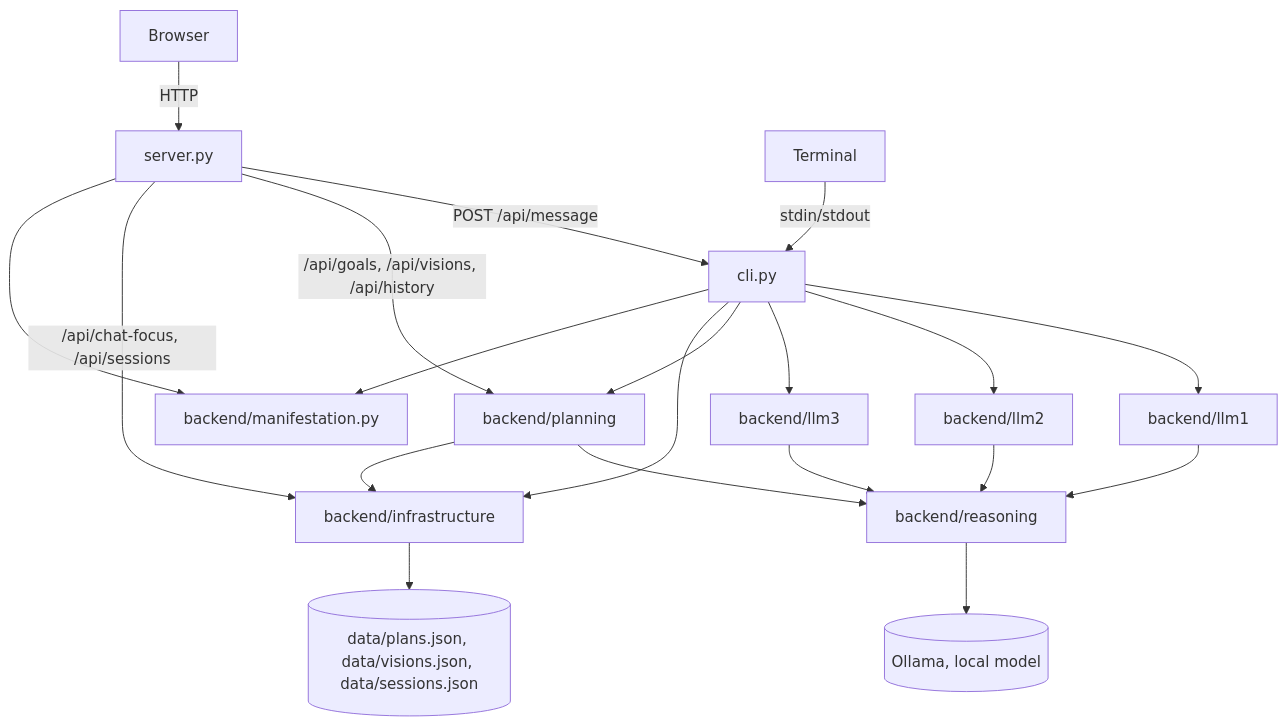
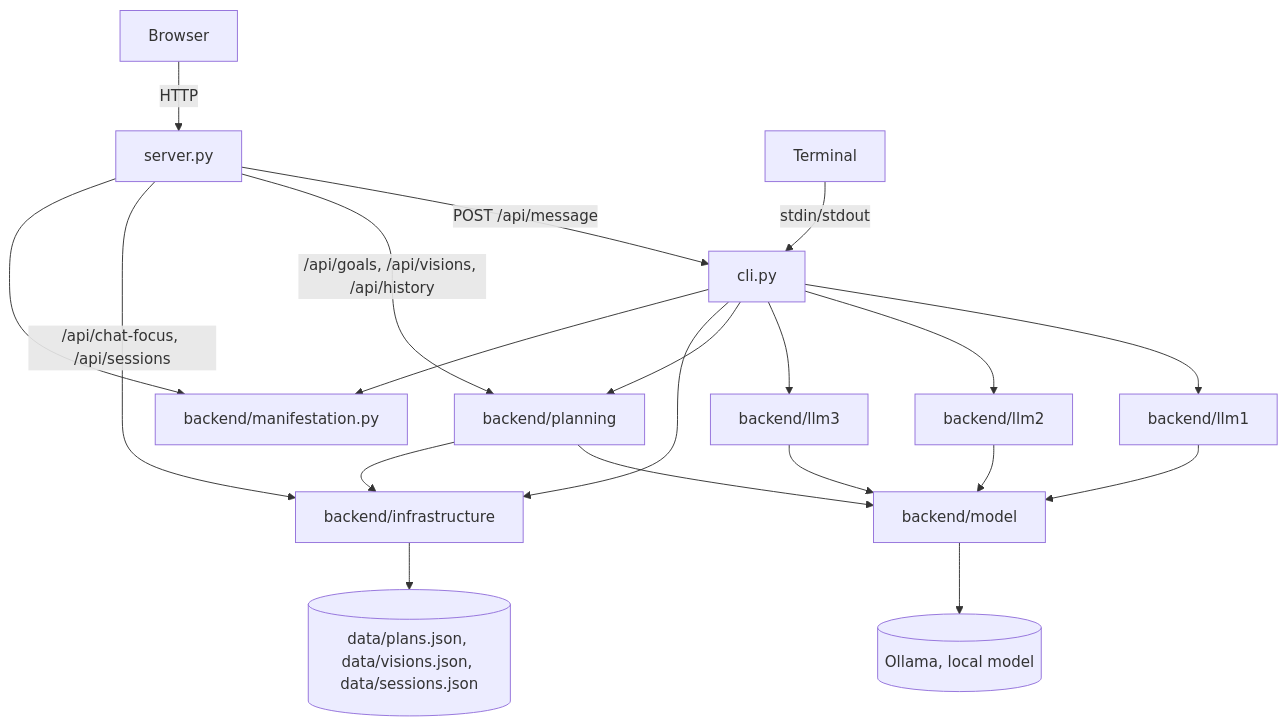
The diagram in docs/04-current-state.md (olajmn/PROJECT1), drawn with Mermaid before and after one commit. The commit also changed other lines of this file and 21 other files, not shown here.

First line of the commit message:
Rename the model boundary: reasoning/ -> model/, and drop a name collision

````diff
--- a/docs/04-current-state.md
+++ b/docs/04-current-state.md
@@ -46,22 +46,22 @@
 ```mermaid
 graph TD
     Browser -->|HTTP| Server["server.py"]
     Terminal -->|stdin/stdout| CLI["cli.py"]
     Server -->|POST /api/message| CLI
     Server -->|"/api/goals, /api/visions, /api/history"| Planning["backend/planning"]
     Server -->|"/api/chat-focus, /api/sessions"| Infrastructure["backend/infrastructure"]
     CLI --> N1["backend/llm1"]
     CLI --> N2["backend/llm2"]
     CLI --> N3["backend/llm3"]
     CLI --> Planning
     CLI --> Infrastructure
     CLI --> Manifestation["backend/manifestation.py"]
     Server --> Manifestation
-    N1 --> Reasoning["backend/reasoning"]
-    N2 --> Reasoning
-    N3 --> Reasoning
-    Planning --> Reasoning
+    N1 --> ModelBoundary["backend/model"]
+    N2 --> ModelBoundary
+    N3 --> ModelBoundary
+    Planning --> ModelBoundary
     Planning --> Infrastructure
-    Reasoning --> Ollama[("Ollama, local model")]
+    ModelBoundary --> Ollama[("Ollama, local model")]
     Infrastructure --> Data[("data/plans.json, data/visions.json, data/sessions.json")]
 ```
````
